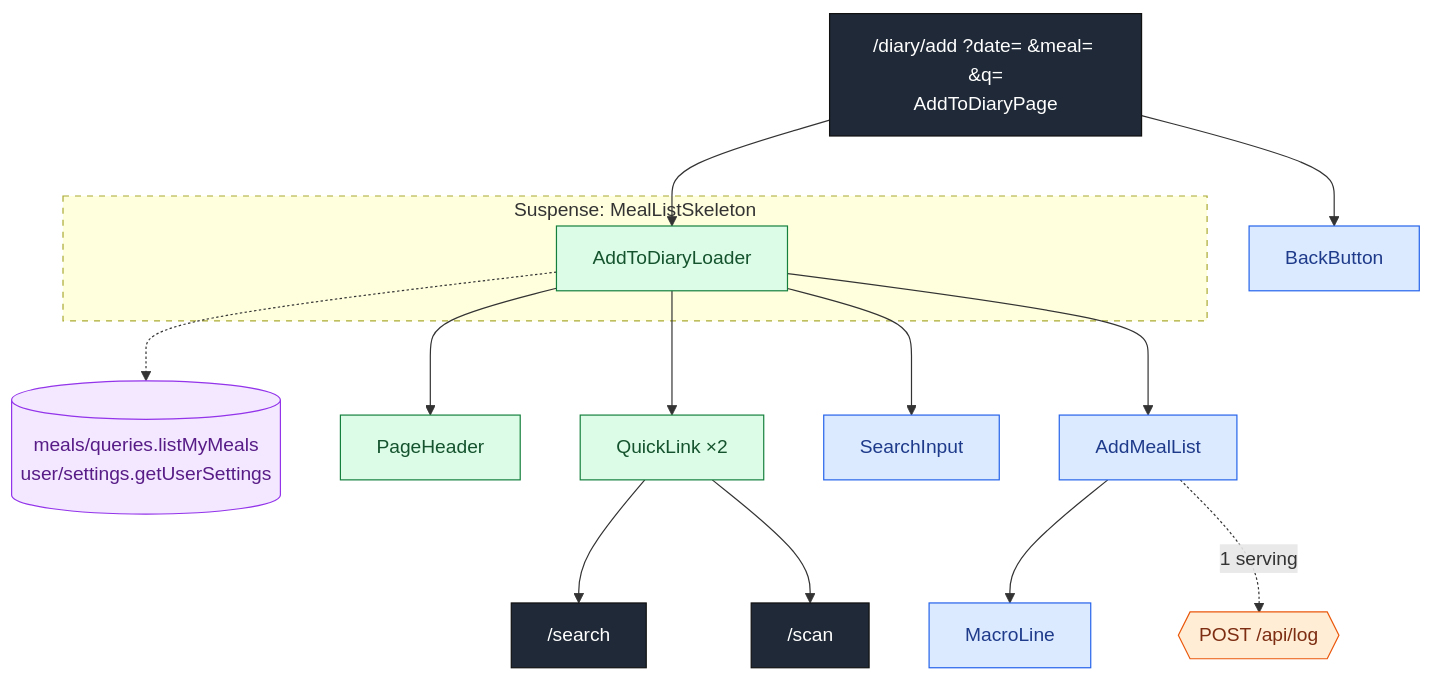
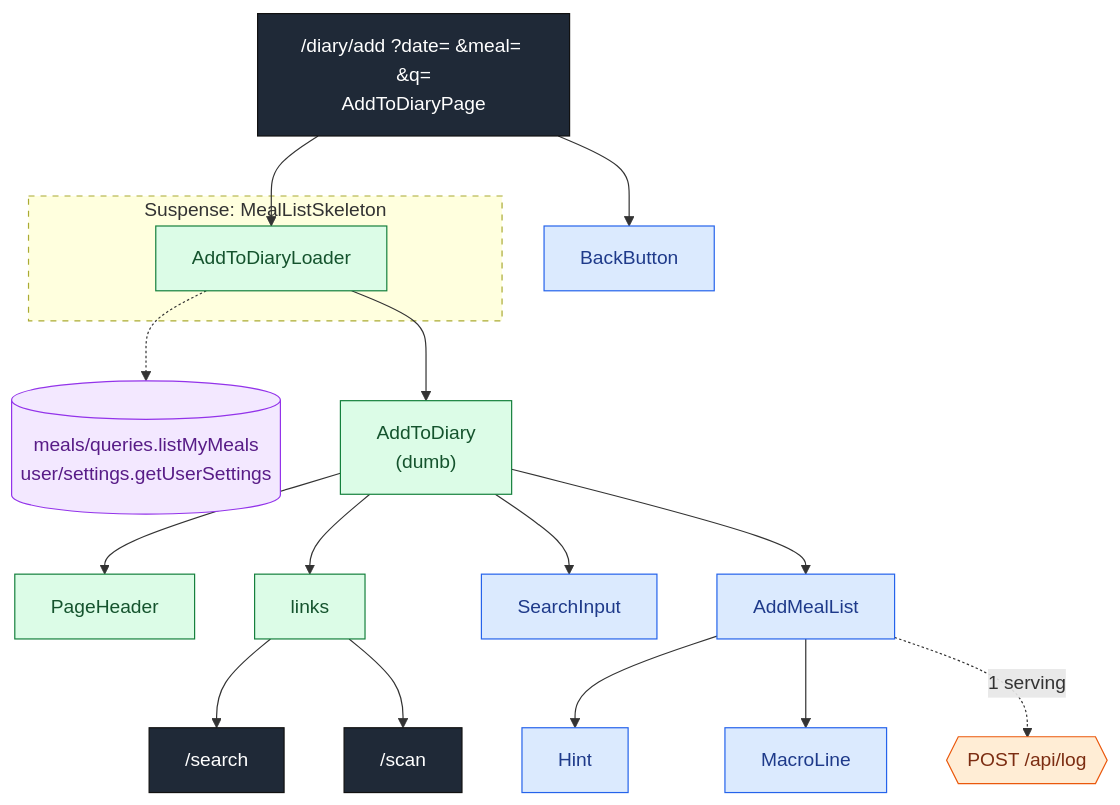
Before and after one commit to P4t4m8n/bite-buddy: the sixth of 15 diagrams in docs/COMPONENTS-DIAGRAMS.md, drawn with Mermaid. The commit also changed other lines of this file and 85 other files, not shown here.

First line of the commit message:
Refactor stats charts and improve code organization

````diff
--- a/docs/COMPONENTS-DIAGRAMS.md
+++ b/docs/COMPONENTS-DIAGRAMS.md
@@ -151,25 +151,27 @@
 ```mermaid
 flowchart TD
   Page["/diary/add ?date= &meal= &q=<br/>AddToDiaryPage"]:::page
   Page --> Back["BackButton"]:::client
   subgraph S1 ["Suspense: MealListSkeleton"]
     Loader["AddToDiaryLoader"]:::server
   end
   Page --> Loader
   Loader -.-> D1[("meals/queries.listMyMeals<br/>user/settings.getUserSettings")]:::data
-  Loader --> Header["PageHeader"]:::server
-  Loader --> Quick["QuickLink ×2"]:::server
-  Loader --> SI["SearchInput"]:::client
-  Loader --> List["AddMealList"]:::client
+  Loader --> View["AddToDiary<br/>(dumb)"]:::server
+  View --> Header["PageHeader"]:::server
+  View --> Quick["links"]:::server
+  View --> SI["SearchInput"]:::client
+  View --> List["AddMealList"]:::client
   Quick --> SearchPage["/search"]:::page
   Quick --> ScanPage["/scan"]:::page
+  List --> Hint["Hint"]:::client
   List --> ML["MacroLine"]:::client
   List -.1 serving.-> A1{{"POST /api/log"}}:::api
 
   classDef page fill:#1f2937,color:#fff,stroke:#111
   classDef server fill:#dcfce7,color:#14532d,stroke:#15803d
   classDef client fill:#dbeafe,color:#1e3a8a,stroke:#2563eb
   classDef data fill:#f3e8ff,color:#581c87,stroke:#9333ea
   classDef api fill:#ffedd5,color:#7c2d12,stroke:#ea580c
   style S1 stroke-dasharray: 5 5
 ```
````
